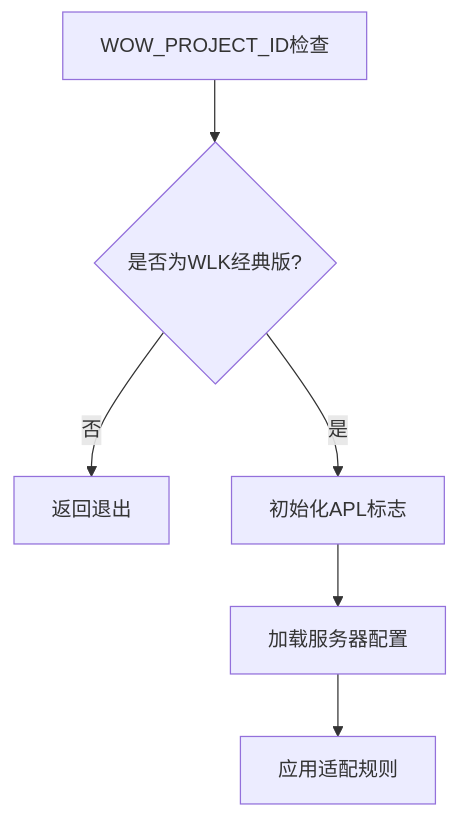
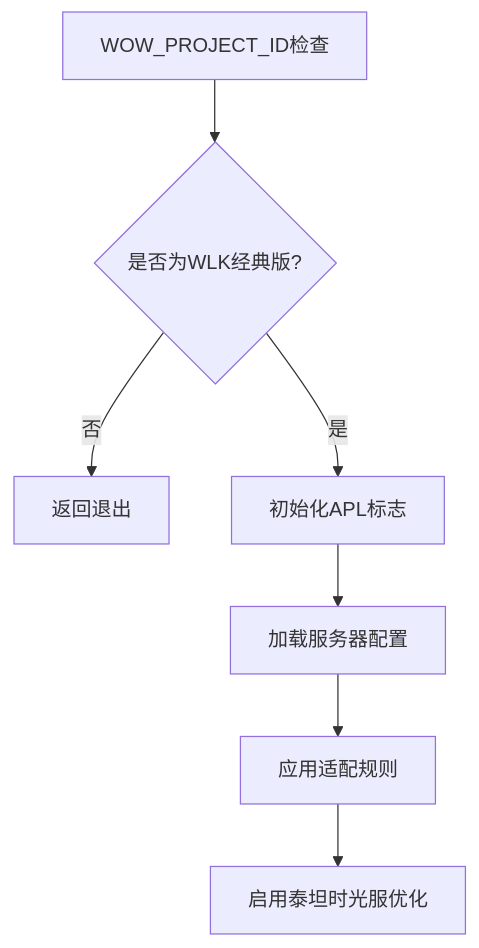
The second of 12 diagrams in .qoder/repowiki/zh/content/服务器适配说明.md (q89277718/WOW-For-MRF), drawn with Mermaid before and after one commit. The commit also changed other lines of this file and 61 other files, not shown here.

````diff
--- a/.qoder/repowiki/zh/content/服务器适配说明.md
+++ b/.qoder/repowiki/zh/content/服务器适配说明.md
@@ -65,8 +84,9 @@
 ```mermaid
 flowchart TD
 A[WOW_PROJECT_ID检查] --> B{是否为WLK经典版?}
 B --> |否| C[返回退出]
 B --> |是| D[初始化APL标志]
 D --> E[加载服务器配置]
 E --> F[应用适配规则]
+F --> G[启用泰坦时光服优化]
 ```
````
